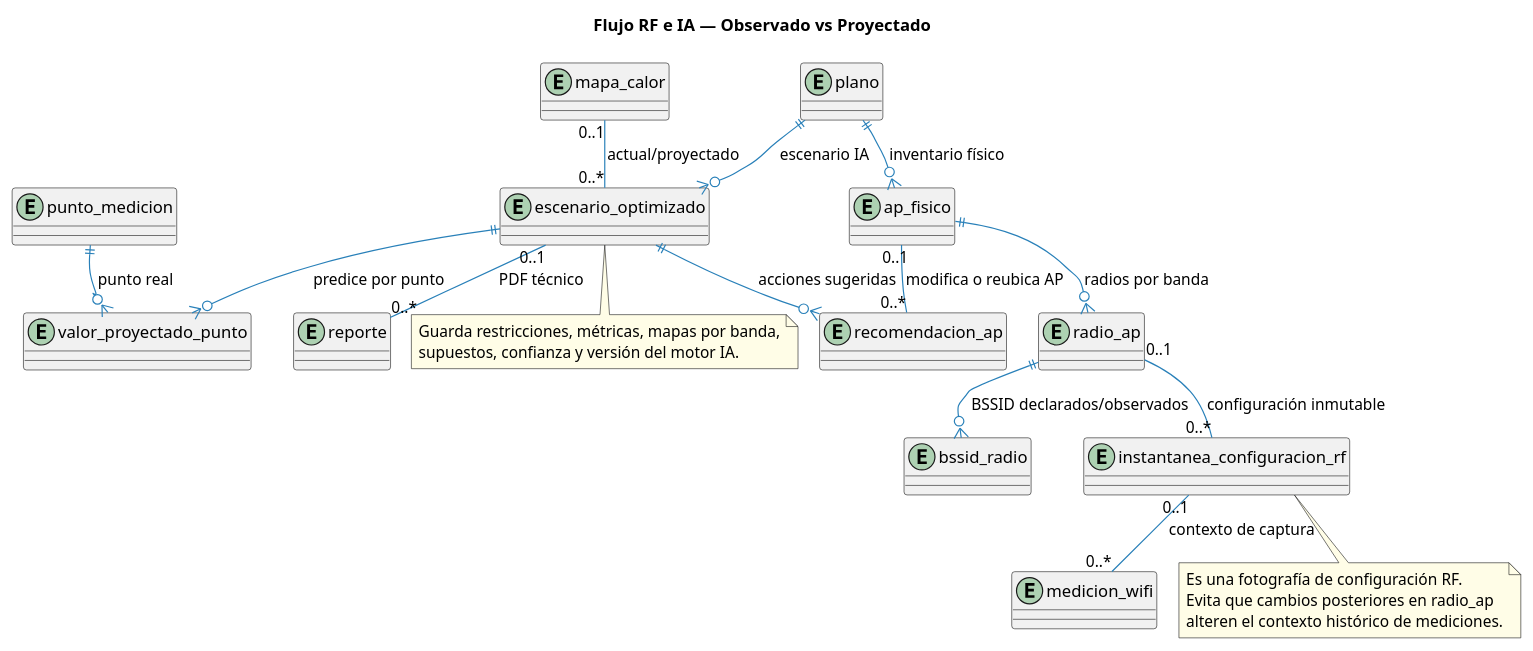
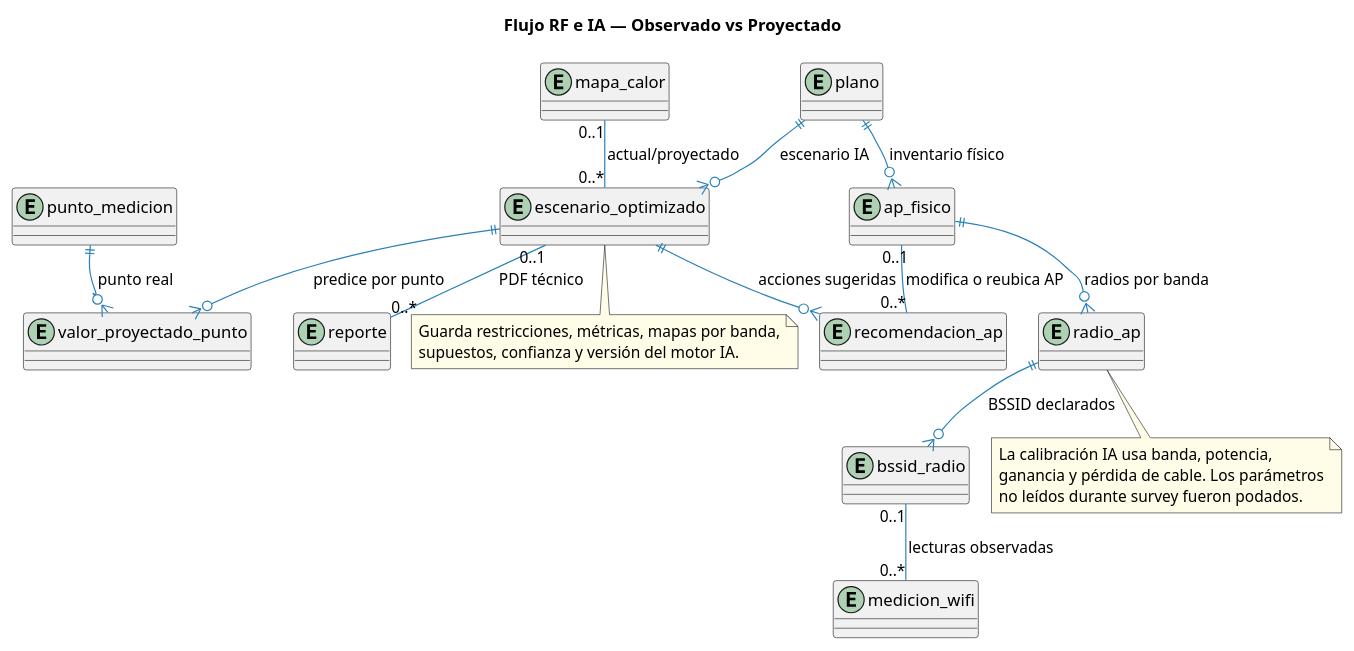
One commit to borysinho/wireless-heatmapper changed the fourth of 5 diagrams in docs/ONLINE/PLAN-IMPLEMENTACION/19-modelo-base-datos-implementado.md. Above: the diagram before and after it, drawn with PlantUML. The commit also changed other lines of this file and 5 other files, not shown here.

````diff
--- a/docs/ONLINE/PLAN-IMPLEMENTACION/19-modelo-base-datos-implementado.md
+++ b/docs/ONLINE/PLAN-IMPLEMENTACION/19-modelo-base-datos-implementado.md
@@ -551,51 +523,49 @@
 ```plantuml
 @startuml
 !pragma layout smetana
 title Flujo RF e IA — Observado vs Proyectado
 
 skinparam entityBackgroundColor #EBF5FB
 skinparam entityBorderColor #2980B9
 skinparam entityHeaderBackgroundColor #2980B9
 skinparam entityHeaderFontColor white
 skinparam arrowColor #2980B9
 skinparam noteBackgroundColor #FFFDE7
 
 entity "plano" as PLANO
 entity "ap_fisico" as APF
 entity "radio_ap" as RADIO
 entity "bssid_radio" as BSSID
-entity "instantanea_configuracion_rf" as SNAP
 entity "medicion_wifi" as MEDICION
 entity "escenario_optimizado" as ESC
 entity "recomendacion_ap" as REC
 entity "valor_proyectado_punto" as VALOR
 entity "punto_medicion" as PUNTO
 entity "mapa_calor" as MAPA
 entity "reporte" as REPORTE
 
 PLANO ||--o{ APF : "inventario físico"
 APF ||--o{ RADIO : "radios por banda"
-RADIO ||--o{ BSSID : "BSSID declarados/observados"
-RADIO "0..1" -- "0..*" SNAP : "configuración inmutable"
-SNAP "0..1" -- "0..*" MEDICION : "contexto de captura"
+RADIO ||--o{ BSSID : "BSSID declarados"
+BSSID "0..1" -- "0..*" MEDICION : "lecturas observadas"
 
 PLANO ||--o{ ESC : "escenario IA"
 MAPA "0..1" -- "0..*" ESC : "actual/proyectado"
 ESC ||--o{ REC : "acciones sugeridas"
 APF "0..1" -- "0..*" REC : "modifica o reubica AP"
 ESC ||--o{ VALOR : "predice por punto"
 PUNTO ||--o{ VALOR : "punto real"
 ESC "0..1" -- "0..*" REPORTE : "PDF técnico"
 
-note bottom of SNAP
-  Es una fotografía de configuración RF.
-  Evita que cambios posteriores en radio_ap
-  alteren el contexto histórico de mediciones.
+note bottom of RADIO
+  La calibración IA usa banda, potencia,
+  ganancia y pérdida de cable. Los parámetros
+  no leídos durante survey fueron podados.
 end note
 
 note bottom of ESC
   Guarda restricciones, métricas, mapas por banda,
   supuestos, confianza y versión del motor IA.
 end note
 @enduml
 ```
````
